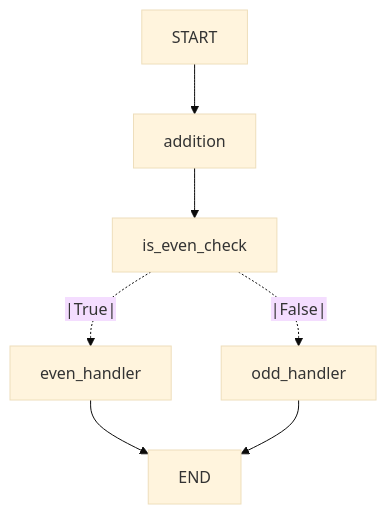
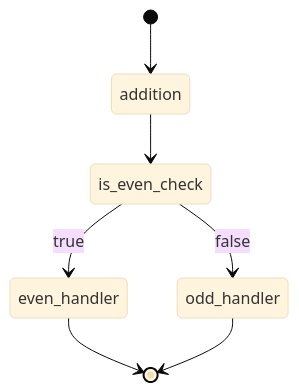
The diagram in README.md (dextersjab/workflow-graph), drawn with Mermaid (base theme) before and after one commit.

Commit message:
adjust diagram in README

````diff
--- a/README.md
+++ b/README.md
@@ -104,15 +104,9 @@
 ```mermaid
-flowchart TD
-    __start__["START"]
-    __end__["END"]
-    addition["addition"]
-    is_even_check["is_even_check"]
-    even_handler["even_handler"]
-    odd_handler["odd_handler"]
-    __start__ --> addition
+stateDiagram-v2
+    [*] --> addition
     addition --> is_even_check
-    is_even_check -.|True|.-> even_handler
-    is_even_check -.|False|.-> odd_handler
-    even_handler --> __end__
-    odd_handler --> __end__
+    is_even_check --> even_handler: true
+    is_even_check --> odd_handler: false
+    even_handler --> [*]
+    odd_handler --> [*]
 ```
````
